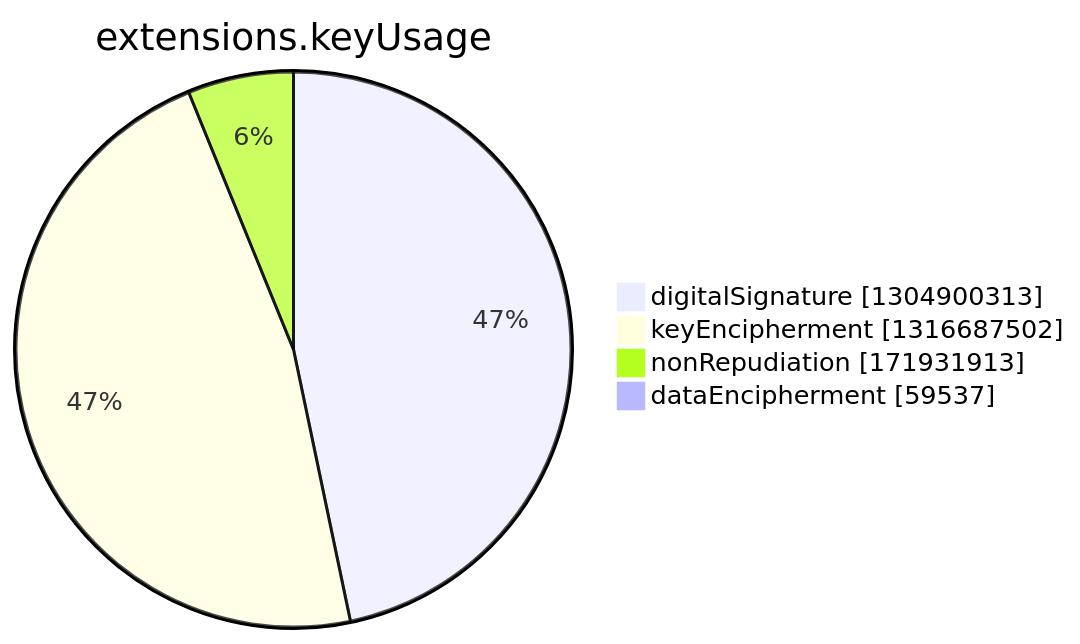
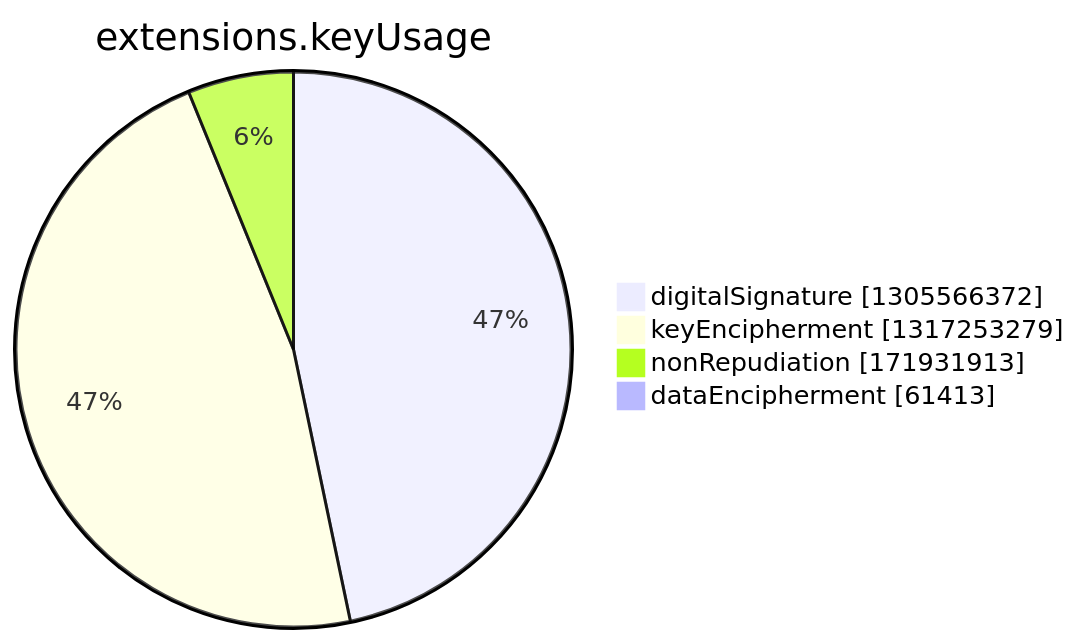
Before and after one commit to christiankrug/ctmonitor_visualization: the seventh of 15 diagrams in argon2022/README.md, drawn with Mermaid. The commit also changed other lines of this file, not shown here.

````diff
--- a/argon2022/README.md
+++ b/argon2022/README.md
@@ -2749,8 +2749,8 @@
 ```mermaid
 pie showData
 title extensions.keyUsage
-"digitalSignature" :1304900313
-"keyEncipherment" :1316687502
+"digitalSignature" :1305566372
+"keyEncipherment" :1317253279
 "nonRepudiation" :171931913
-"dataEncipherment" :59537
+"dataEncipherment" :61413
 ```
````
